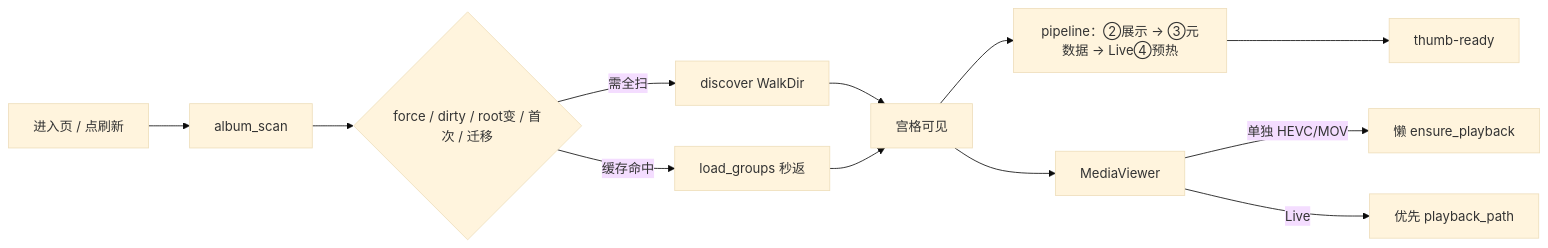
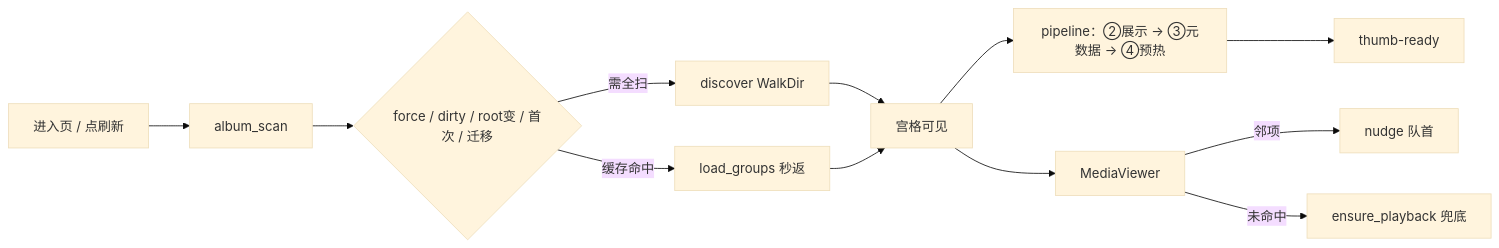
One commit to cz6c/ll-admin changed the diagram in apps/admin/src/views/album/loadingFlow.md. Above: the diagram before and after it, drawn with Mermaid (base theme). The commit also changed other lines of this file and 11 other files, not shown here.

````diff
--- a/apps/admin/src/views/album/loadingFlow.md
+++ b/apps/admin/src/views/album/loadingFlow.md
@@ -98,14 +105,14 @@
 ```mermaid
 flowchart LR
   A[进入页 / 点刷新] --> B[album_scan]
   B --> C{force / dirty / root变 / 首次 / 迁移}
   C -->|需全扫| D[discover WalkDir]
   C -->|缓存命中| E[load_groups 秒返]
   D --> F[宫格可见]
   E --> F
-  F --> G[pipeline：②展示 → ③元数据 → Live④预热]
+  F --> G[pipeline：②展示 → ③元数据 → ④预热]
   G --> H[thumb-ready]
   F --> I[MediaViewer]
-  I -->|单独 HEVC/MOV| J[懒 ensure_playback]
-  I -->|Live| K[优先 playback_path]
+  I -->|邻项| J[nudge 队首]
+  I -->|未命中| K[ensure_playback 兜底]
 ```
````
